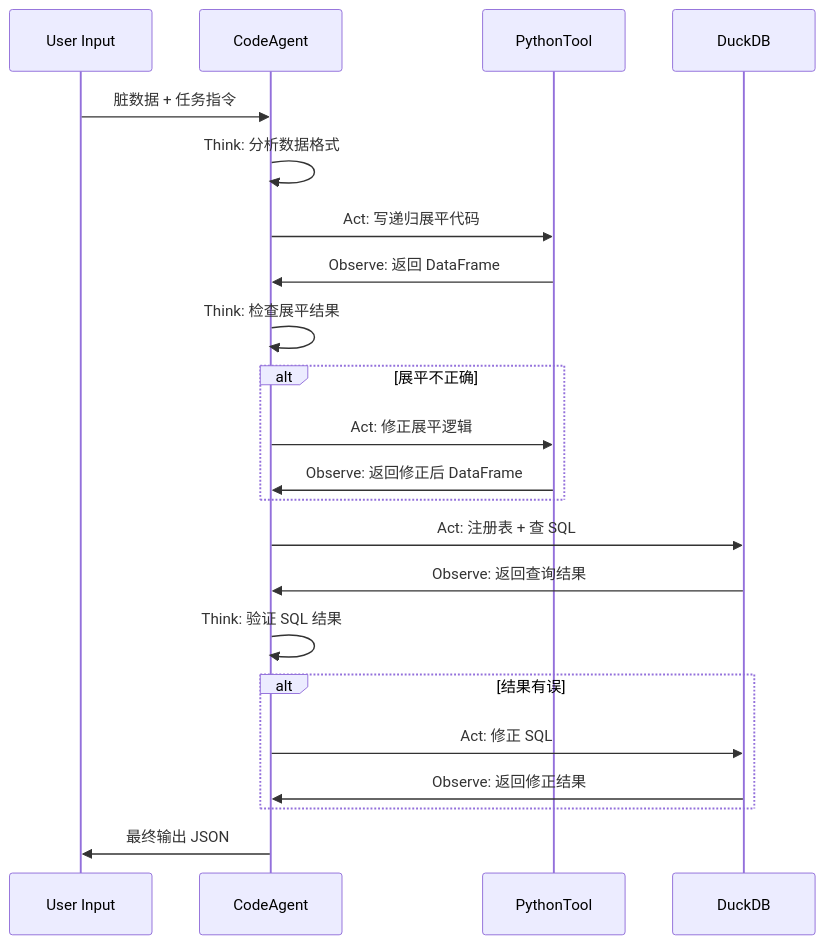
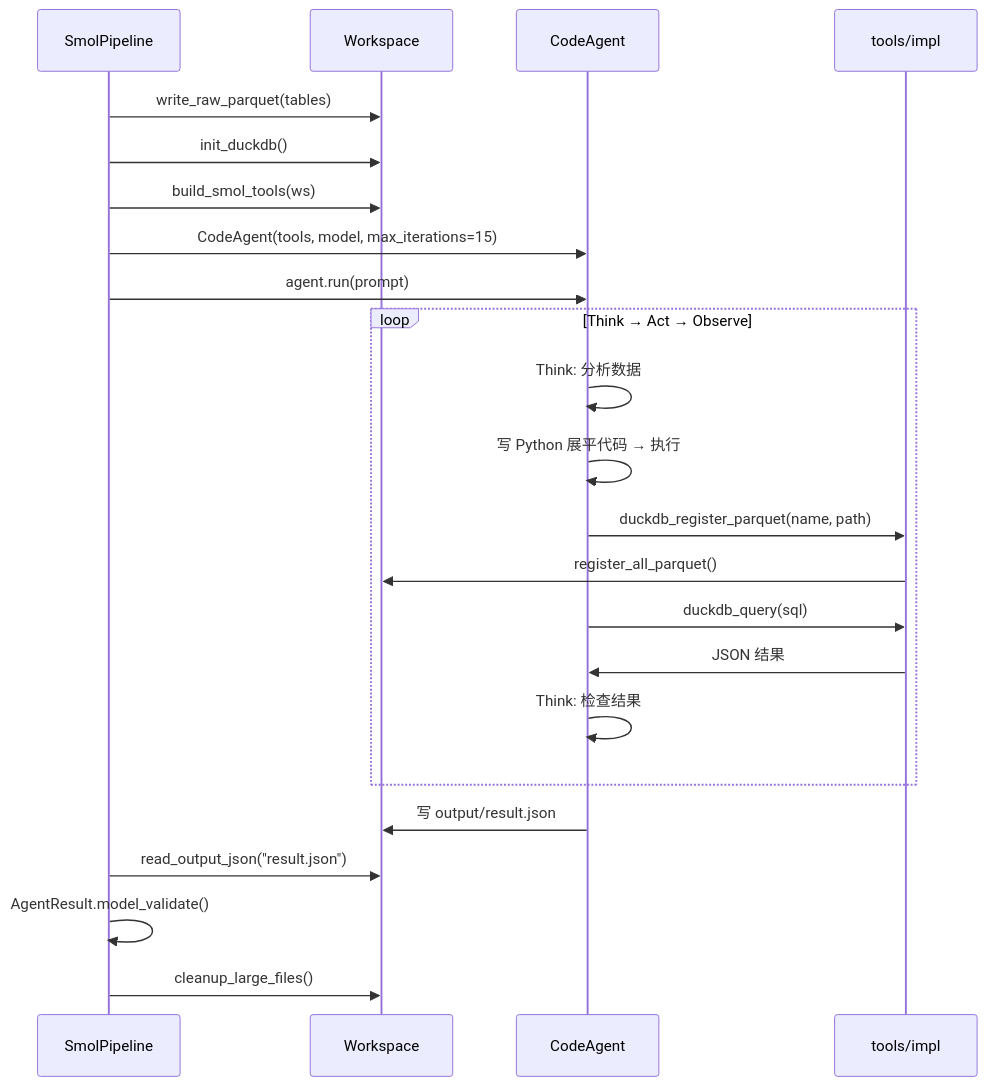
One commit to FuLuTang/AI-Store-Analysis-System changed the second of 2 diagrams in docs/agent-poc/smolagents-codeagent-poc/架构设计.md. Above: the diagram before and after it, drawn with Mermaid. The commit also changed other lines of this file and 1 other file, not shown here.

Commit message:
docs: rewrite 文档.md and 架构设计.md to match current Workspace/LiteLLM/build_smol_tools arch

````diff
--- a/docs/agent-poc/smolagents-codeagent-poc/架构设计.md
+++ b/docs/agent-poc/smolagents-codeagent-poc/架构设计.md
@@ -158,25 +140,28 @@
 ```mermaid
 sequenceDiagram
-    participant U as User Input
+    participant P as SmolPipeline
+    participant W as Workspace
     participant A as CodeAgent
-    participant P as PythonTool
-    participant D as DuckDB
+    participant I as tools/impl
 
-    U->>A: 脏数据 + 任务指令
-    A->>A: Think: 分析数据格式
-    A->>P: Act: 写递归展平代码
-    P->>A: Observe: 返回 DataFrame
-    A->>A: Think: 检查展平结果
-    alt 展平不正确
-        A->>P: Act: 修正展平逻辑
-        P->>A: Observe: 返回修正后 DataFrame
+    P->>W: write_raw_parquet(tables)
+    P->>W: init_duckdb()
+    P->>W: build_smol_tools(ws)
+    P->>A: CodeAgent(tools, model, max_iterations=15)
+    P->>A: agent.run(prompt)
+
+    loop Think → Act → Observe
+        A->>A: Think: 分析数据
+        A->>A: 写 Python 展平代码 → 执行
+        A->>I: duckdb_register_parquet(name, path)
+        I->>W: register_all_parquet()
+        A->>I: duckdb_query(sql)
+        I->>A: JSON 结果
+        A->>A: Think: 检查结果
     end
-    A->>D: Act: 注册表 + 查 SQL
-    D->>A: Observe: 返回查询结果
-    A->>A: Think: 验证 SQL 结果
-    alt 结果有误
-        A->>D: Act: 修正 SQL
-        D->>A: Observe: 返回修正结果
-    end
-    A->>U: 最终输出 JSON
+
+    A->>W: 写 output/result.json
+    P->>W: read_output_json("result.json")
+    P->>P: AgentResult.model_validate()
+    P->>W: cleanup_large_files()
 ```
````
